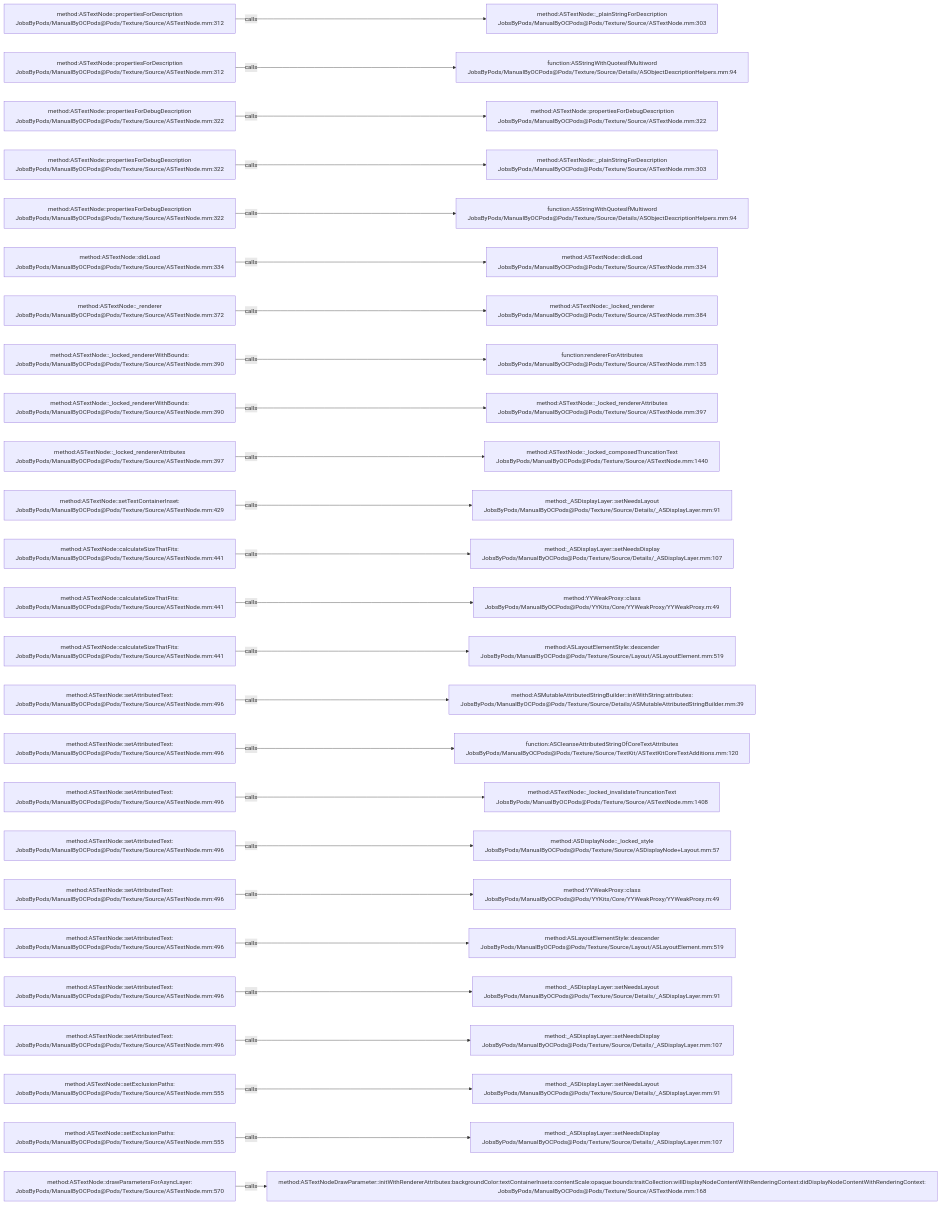
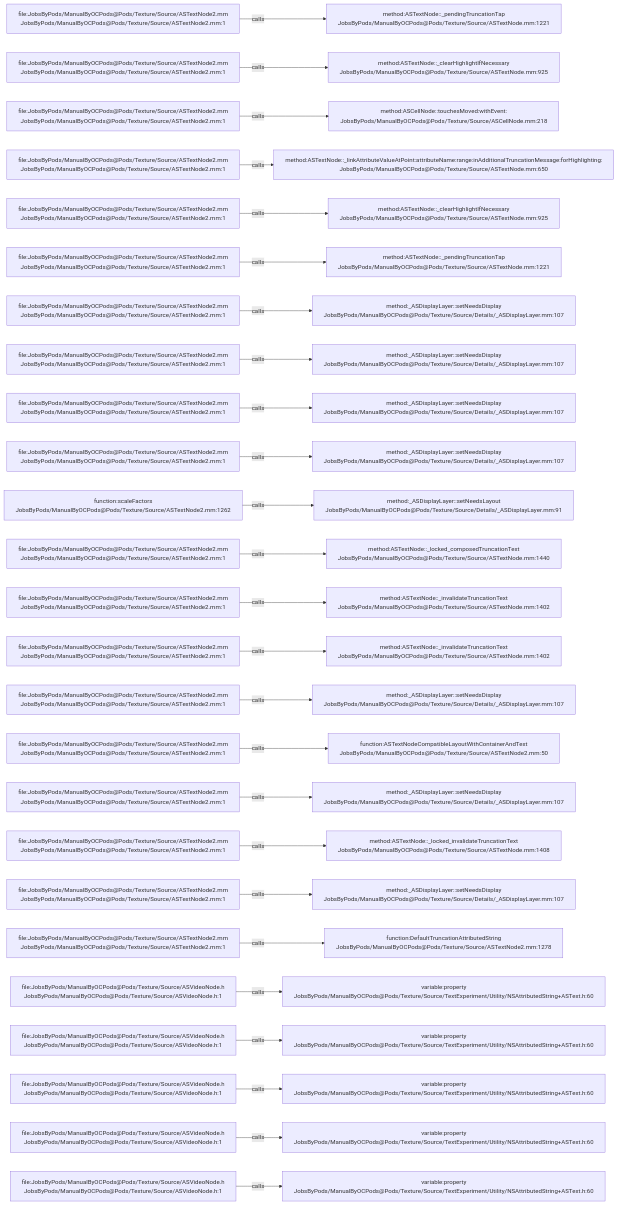
One commit to JobsKits/JobsOCBaseConfigDemo changed the diagram in .codegraph/codegraph.md/graphs/calls-126.md. Above: the diagram before and after it, drawn with Mermaid. The commit also changed 2723 other files, not shown here.

````diff
--- a/.codegraph/codegraph.md/graphs/calls-126.md
+++ b/.codegraph/codegraph.md/graphs/calls-126.md
@@ -13,78 +13,78 @@
 ```mermaid
 flowchart LR
-  S1["method:ASTextNode::propertiesForDescription<br/>JobsByPods/ManualByOCPods@Pods/Texture/Source/ASTextNode.mm:312"]
-  T1["method:ASTextNode::_plainStringForDescription<br/>JobsByPods/ManualByOCPods@Pods/Texture/Source/ASTextNode.mm:303"]
+  S1["file:JobsByPods/ManualByOCPods@Pods/Texture/Source/ASTextNode2.mm<br/>JobsByPods/ManualByOCPods@Pods/Texture/Source/ASTextNode2.mm:1"]
+  T1["method:ASTextNode::_pendingTruncationTap<br/>JobsByPods/ManualByOCPods@Pods/Texture/Source/ASTextNode.mm:1221"]
   S1 -->|calls| T1
-  S2["method:ASTextNode::propertiesForDescription<br/>JobsByPods/ManualByOCPods@Pods/Texture/Source/ASTextNode.mm:312"]
-  T2["function:ASStringWithQuotesIfMultiword<br/>JobsByPods/ManualByOCPods@Pods/Texture/Source/Details/ASObjectDescriptionHelpers.mm:94"]
+  S2["file:JobsByPods/ManualByOCPods@Pods/Texture/Source/ASTextNode2.mm<br/>JobsByPods/ManualByOCPods@Pods/Texture/Source/ASTextNode2.mm:1"]
+  T2["method:ASTextNode::_clearHighlightIfNecessary<br/>JobsByPods/ManualByOCPods@Pods/Texture/Source/ASTextNode.mm:925"]
   S2 -->|calls| T2
-  S3["method:ASTextNode::propertiesForDebugDescription<br/>JobsByPods/ManualByOCPods@Pods/Texture/Source/ASTextNode.mm:322"]
-  T3["method:ASTextNode::propertiesForDebugDescription<br/>JobsByPods/ManualByOCPods@Pods/Texture/Source/ASTextNode.mm:322"]
+  S3["file:JobsByPods/ManualByOCPods@Pods/Texture/Source/ASTextNode2.mm<br/>JobsByPods/ManualByOCPods@Pods/Texture/Source/ASTextNode2.mm:1"]
+  T3["method:ASCellNode::touchesMoved:withEvent:<br/>JobsByPods/ManualByOCPods@Pods/Texture/Source/ASCellNode.mm:218"]
   S3 -->|calls| T3
-  S4["method:ASTextNode::propertiesForDebugDescription<br/>JobsByPods/ManualByOCPods@Pods/Texture/Source/ASTextNode.mm:322"]
-  T4["method:ASTextNode::_plainStringForDescription<br/>JobsByPods/ManualByOCPods@Pods/Texture/Source/ASTextNode.mm:303"]
+  S4["file:JobsByPods/ManualByOCPods@Pods/Texture/Source/ASTextNode2.mm<br/>JobsByPods/ManualByOCPods@Pods/Texture/Source/ASTextNode2.mm:1"]
+  T4["method:ASTextNode::_linkAttributeValueAtPoint:attributeName:range:inAdditionalTruncationMessage:forHighlighting:<br/>JobsByPods/ManualByOCPods@Pods/Texture/Source/ASTextNode.mm:650"]
   S4 -->|calls| T4
-  S5["method:ASTextNode::propertiesForDebugDescription<br/>JobsByPods/ManualByOCPods@Pods/Texture/Source/ASTextNode.mm:322"]
-  T5["function:ASStringWithQuotesIfMultiword<br/>JobsByPods/ManualByOCPods@Pods/Texture/Source/Details/ASObjectDescriptionHelpers.mm:94"]
+  S5["file:JobsByPods/ManualByOCPods@Pods/Texture/Source/ASTextNode2.mm<br/>JobsByPods/ManualByOCPods@Pods/Texture/Source/ASTextNode2.mm:1"]
+  T5["method:ASTextNode::_clearHighlightIfNecessary<br/>JobsByPods/ManualByOCPods@Pods/Texture/Source/ASTextNode.mm:925"]
   S5 -->|calls| T5
-  S6["method:ASTextNode::didLoad<br/>JobsByPods/ManualByOCPods@Pods/Texture/Source/ASTextNode.mm:334"]
-  T6["method:ASTextNode::didLoad<br/>JobsByPods/ManualByOCPods@Pods/Texture/Source/ASTextNode.mm:334"]
+  S6["file:JobsByPods/ManualByOCPods@Pods/Texture/Source/ASTextNode2.mm<br/>JobsByPods/ManualByOCPods@Pods/Texture/Source/ASTextNode2.mm:1"]
+  T6["method:ASTextNode::_pendingTruncationTap<br/>JobsByPods/ManualByOCPods@Pods/Texture/Source/ASTextNode.mm:1221"]
   S6 -->|calls| T6
-  S7["method:ASTextNode::_renderer<br/>JobsByPods/ManualByOCPods@Pods/Texture/Source/ASTextNode.mm:372"]
-  T7["method:ASTextNode::_locked_renderer<br/>JobsByPods/ManualByOCPods@Pods/Texture/Source/ASTextNode.mm:384"]
+  S7["file:JobsByPods/ManualByOCPods@Pods/Texture/Source/ASTextNode2.mm<br/>JobsByPods/ManualByOCPods@Pods/Texture/Source/ASTextNode2.mm:1"]
+  T7["method:_ASDisplayLayer::setNeedsDisplay<br/>JobsByPods/ManualByOCPods@Pods/Texture/Source/Details/_ASDisplayLayer.mm:107"]
   S7 -->|calls| T7
-  S8["method:ASTextNode::_locked_rendererWithBounds:<br/>JobsByPods/ManualByOCPods@Pods/Texture/Source/ASTextNode.mm:390"]
-  T8["function:rendererForAttributes<br/>JobsByPods/ManualByOCPods@Pods/Texture/Source/ASTextNode.mm:135"]
+  S8["file:JobsByPods/ManualByOCPods@Pods/Texture/Source/ASTextNode2.mm<br/>JobsByPods/ManualByOCPods@Pods/Texture/Source/ASTextNode2.mm:1"]
+  T8["method:_ASDisplayLayer::setNeedsDisplay<br/>JobsByPods/ManualByOCPods@Pods/Texture/Source/Details/_ASDisplayLayer.mm:107"]
   S8 -->|calls| T8
-  S9["method:ASTextNode::_locked_rendererWithBounds:<br/>JobsByPods/ManualByOCPods@Pods/Texture/Source/ASTextNode.mm:390"]
-  T9["method:ASTextNode::_locked_rendererAttributes<br/>JobsByPods/ManualByOCPods@Pods/Texture/Source/ASTextNode.mm:397"]
+  S9["file:JobsByPods/ManualByOCPods@Pods/Texture/Source/ASTextNode2.mm<br/>JobsByPods/ManualByOCPods@Pods/Texture/Source/ASTextNode2.mm:1"]
+  T9["method:_ASDisplayLayer::setNeedsDisplay<br/>JobsByPods/ManualByOCPods@Pods/Texture/Source/Details/_ASDisplayLayer.mm:107"]
   S9 -->|calls| T9
-  S10["method:ASTextNode::_locked_rendererAttributes<br/>JobsByPods/ManualByOCPods@Pods/Texture/Source/ASTextNode.mm:397"]
-  T10["method:ASTextNode::_locked_composedTruncationText<br/>JobsByPods/ManualByOCPods@Pods/Texture/Source/ASTextNode.mm:1440"]
+  S10["file:JobsByPods/ManualByOCPods@Pods/Texture/Source/ASTextNode2.mm<br/>JobsByPods/ManualByOCPods@Pods/Texture/Source/ASTextNode2.mm:1"]
+  T10["method:_ASDisplayLayer::setNeedsDisplay<br/>JobsByPods/ManualByOCPods@Pods/Texture/Source/Details/_ASDisplayLayer.mm:107"]
   S10 -->|calls| T10
-  S11["method:ASTextNode::setTextContainerInset:<br/>JobsByPods/ManualByOCPods@Pods/Texture/Source/ASTextNode.mm:429"]
+  S11["function:scaleFactors<br/>JobsByPods/ManualByOCPods@Pods/Texture/Source/ASTextNode2.mm:1262"]
   T11["method:_ASDisplayLayer::setNeedsLayout<br/>JobsByPods/ManualByOCPods@Pods/Texture/Source/Details/_ASDisplayLayer.mm:91"]
   S11 -->|calls| T11
-  S12["method:ASTextNode::calculateSizeThatFits:<br/>JobsByPods/ManualByOCPods@Pods/Texture/Source/ASTextNode.mm:441"]
-  T12["method:_ASDisplayLayer::setNeedsDisplay<br/>JobsByPods/ManualByOCPods@Pods/Texture/Source/Details/_ASDisplayLayer.mm:107"]
+  S12["file:JobsByPods/ManualByOCPods@Pods/Texture/Source/ASTextNode2.mm<br/>JobsByPods/ManualByOCPods@Pods/Texture/Source/ASTextNode2.mm:1"]
+  T12["method:ASTextNode::_locked_composedTruncationText<br/>JobsByPods/ManualByOCPods@Pods/Texture/Source/ASTextNode.mm:1440"]
   S12 -->|calls| T12
-  S13["method:ASTextNode::calculateSizeThatFits:<br/>JobsByPods/ManualByOCPods@Pods/Texture/Source/ASTextNode.mm:441"]
-  T13["method:YYWeakProxy::class<br/>JobsByPods/ManualByOCPods@Pods/YYKits/Core/YYWeakProxy/YYWeakProxy.m:49"]
+  S13["file:JobsByPods/ManualByOCPods@Pods/Texture/Source/ASTextNode2.mm<br/>JobsByPods/ManualByOCPods@Pods/Texture/Source/ASTextNode2.mm:1"]
+  T13["method:ASTextNode::_invalidateTruncationText<br/>JobsByPods/ManualByOCPods@Pods/Texture/Source/ASTextNode.mm:1402"]
   S13 -->|calls| T13
-  S14["method:ASTextNode::calculateSizeThatFits:<br/>JobsByPods/ManualByOCPods@Pods/Texture/Source/ASTextNode.mm:441"]
-  T14["method:ASLayoutElementStyle::descender<br/>JobsByPods/ManualByOCPods@Pods/Texture/Source/Layout/ASLayoutElement.mm:519"]
+  S14["file:JobsByPods/ManualByOCPods@Pods/Texture/Source/ASTextNode2.mm<br/>JobsByPods/ManualByOCPods@Pods/Texture/Source/ASTextNode2.mm:1"]
+  T14["method:ASTextNode::_invalidateTruncationText<br/>JobsByPods/ManualByOCPods@Pods/Texture/Source/ASTextNode.mm:1402"]
   S14 -->|calls| T14
-  S15["method:ASTextNode::setAttributedText:<br/>JobsByPods/ManualByOCPods@Pods/Texture/Source/ASTextNode.mm:496"]
-  T15["method:ASMutableAttributedStringBuilder::initWithString:attributes:<br/>JobsByPods/ManualByOCPods@Pods/Texture/Source/Details/ASMutableAttributedStringBuilder.mm:39"]
+  S15["file:JobsByPods/ManualByOCPods@Pods/Texture/Source/ASTextNode2.mm<br/>JobsByPods/ManualByOCPods@Pods/Texture/Source/ASTextNode2.mm:1"]
+  T15["method:_ASDisplayLayer::setNeedsDisplay<br/>JobsByPods/ManualByOCPods@Pods/Texture/Source/Details/_ASDisplayLayer.mm:107"]
   S15 -->|calls| T15
-  S16["method:ASTextNode::setAttributedText:<br/>JobsByPods/ManualByOCPods@Pods/Texture/Source/ASTextNode.mm:496"]
-  T16["function:ASCleanseAttributedStringOfCoreTextAttributes<br/>JobsByPods/ManualByOCPods@Pods/Texture/Source/TextKit/ASTextKitCoreTextAdditions.mm:120"]
+  S16["file:JobsByPods/ManualByOCPods@Pods/Texture/Source/ASTextNode2.mm<br/>JobsByPods/ManualByOCPods@Pods/Texture/Source/ASTextNode2.mm:1"]
+  T16["function:ASTextNodeCompatibleLayoutWithContainerAndText<br/>JobsByPods/ManualByOCPods@Pods/Texture/Source/ASTextNode2.mm:50"]
   S16 -->|calls| T16
-  S17["method:ASTextNode::setAttributedText:<br/>JobsByPods/ManualByOCPods@Pods/Texture/Source/ASTextNode.mm:496"]
-  T17["method:ASTextNode::_locked_invalidateTruncationText<br/>JobsByPods/ManualByOCPods@Pods/Texture/Source/ASTextNode.mm:1408"]
+  S17["file:JobsByPods/ManualByOCPods@Pods/Texture/Source/ASTextNode2.mm<br/>JobsByPods/ManualByOCPods@Pods/Texture/Source/ASTextNode2.mm:1"]
+  T17["method:_ASDisplayLayer::setNeedsDisplay<br/>JobsByPods/ManualByOCPods@Pods/Texture/Source/Details/_ASDisplayLayer.mm:107"]
   S17 -->|calls| T17
-  S18["method:ASTextNode::setAttributedText:<br/>JobsByPods/ManualByOCPods@Pods/Texture/Source/ASTextNode.mm:496"]
-  T18["method:ASDisplayNode::_locked_style<br/>JobsByPods/ManualByOCPods@Pods/Texture/Source/ASDisplayNode+Layout.mm:57"]
+  S18["file:JobsByPods/ManualByOCPods@Pods/Texture/Source/ASTextNode2.mm<br/>JobsByPods/ManualByOCPods@Pods/Texture/Source/ASTextNode2.mm:1"]
+  T18["method:ASTextNode::_locked_invalidateTruncationText<br/>JobsByPods/ManualByOCPods@Pods/Texture/Source/ASTextNode.mm:1408"]
   S18 -->|calls| T18
-  S19["method:ASTextNode::setAttributedText:<br/>JobsByPods/ManualByOCPods@Pods/Texture/Source/ASTextNode.mm:496"]
-  T19["method:YYWeakProxy::class<br/>JobsByPods/ManualByOCPods@Pods/YYKits/Core/YYWeakProxy/YYWeakProxy.m:49"]
+  S19["file:JobsByPods/ManualByOCPods@Pods/Texture/Source/ASTextNode2.mm<br/>JobsByPods/ManualByOCPods@Pods/Texture/Source/ASTextNode2.mm:1"]
+  T19["method:_ASDisplayLayer::setNeedsDisplay<br/>JobsByPods/ManualByOCPods@Pods/Texture/Source/Details/_ASDisplayLayer.mm:107"]
   S19 -->|calls| T19
-  S20["method:ASTextNode::setAttributedText:<br/>JobsByPods/ManualByOCPods@Pods/Texture/Source/ASTextNode.mm:496"]
-  T20["method:ASLayoutElementStyle::descender<br/>JobsByPods/ManualByOCPods@Pods/Texture/Source/Layout/ASLayoutElement.mm:519"]
+  S20["file:JobsByPods/ManualByOCPods@Pods/Texture/Source/ASTextNode2.mm<br/>JobsByPods/ManualByOCPods@Pods/Texture/Source/ASTextNode2.mm:1"]
+  T20["function:DefaultTruncationAttributedString<br/>JobsByPods/ManualByOCPods@Pods/Texture/Source/ASTextNode2.mm:1278"]
   S20 -->|calls| T20
-  S21["method:ASTextNode::setAttributedText:<br/>JobsByPods/ManualByOCPods@Pods/Texture/Source/ASTextNode.mm:496"]
-  T21["method:_ASDisplayLayer::setNeedsLayout<br/>JobsByPods/ManualByOCPods@Pods/Texture/Source/Details/_ASDisplayLayer.mm:91"]
+  S21["file:JobsByPods/ManualByOCPods@Pods/Texture/Source/ASVideoNode.h<br/>JobsByPods/ManualByOCPods@Pods/Texture/Source/ASVideoNode.h:1"]
+  T21["variable:property<br/>JobsByPods/ManualByOCPods@Pods/Texture/Source/TextExperiment/Utility/NSAttributedString+ASText.h:60"]
   S21 -->|calls| T21
-  S22["method:ASTextNode::setAttributedText:<br/>JobsByPods/ManualByOCPods@Pods/Texture/Source/ASTextNode.mm:496"]
-  T22["method:_ASDisplayLayer::setNeedsDisplay<br/>JobsByPods/ManualByOCPods@Pods/Texture/Source/Details/_ASDisplayLayer.mm:107"]
+  S22["file:JobsByPods/ManualByOCPods@Pods/Texture/Source/ASVideoNode.h<br/>JobsByPods/ManualByOCPods@Pods/Texture/Source/ASVideoNode.h:1"]
+  T22["variable:property<br/>JobsByPods/ManualByOCPods@Pods/Texture/Source/TextExperiment/Utility/NSAttributedString+ASText.h:60"]
   S22 -->|calls| T22
-  S23["method:ASTextNode::setExclusionPaths:<br/>JobsByPods/ManualByOCPods@Pods/Texture/Source/ASTextNode.mm:555"]
-  T23["method:_ASDisplayLayer::setNeedsLayout<br/>JobsByPods/ManualByOCPods@Pods/Texture/Source/Details/_ASDisplayLayer.mm:91"]
+  S23["file:JobsByPods/ManualByOCPods@Pods/Texture/Source/ASVideoNode.h<br/>JobsByPods/ManualByOCPods@Pods/Texture/Source/ASVideoNode.h:1"]
+  T23["variable:property<br/>JobsByPods/ManualByOCPods@Pods/Texture/Source/TextExperiment/Utility/NSAttributedString+ASText.h:60"]
   S23 -->|calls| T23
-  S24["method:ASTextNode::setExclusionPaths:<br/>JobsByPods/ManualByOCPods@Pods/Texture/Source/ASTextNode.mm:555"]
-  T24["method:_ASDisplayLayer::setNeedsDisplay<br/>JobsByPods/ManualByOCPods@Pods/Texture/Source/Details/_ASDisplayLayer.mm:107"]
+  S24["file:JobsByPods/ManualByOCPods@Pods/Texture/Source/ASVideoNode.h<br/>JobsByPods/ManualByOCPods@Pods/Texture/Source/ASVideoNode.h:1"]
+  T24["variable:property<br/>JobsByPods/ManualByOCPods@Pods/Texture/Source/TextExperiment/Utility/NSAttributedString+ASText.h:60"]
   S24 -->|calls| T24
-  S25["method:ASTextNode::drawParametersForAsyncLayer:<br/>JobsByPods/ManualByOCPods@Pods/Texture/Source/ASTextNode.mm:570"]
-  T25["method:ASTextNodeDrawParameter::initWithRendererAttributes:backgroundColor:textContainerInsets:contentScale:opaque:bounds:traitCollection:willDisplayNodeContentWithRenderingContext:didDisplayNodeContentWithRenderingContext:<br/>JobsByPods/ManualByOCPods@Pods/Texture/Source/ASTextNode.mm:168"]
+  S25["file:JobsByPods/ManualByOCPods@Pods/Texture/Source/ASVideoNode.h<br/>JobsByPods/ManualByOCPods@Pods/Texture/Source/ASVideoNode.h:1"]
+  T25["variable:property<br/>JobsByPods/ManualByOCPods@Pods/Texture/Source/TextExperiment/Utility/NSAttributedString+ASText.h:60"]
   S25 -->|calls| T25
 ```
````
